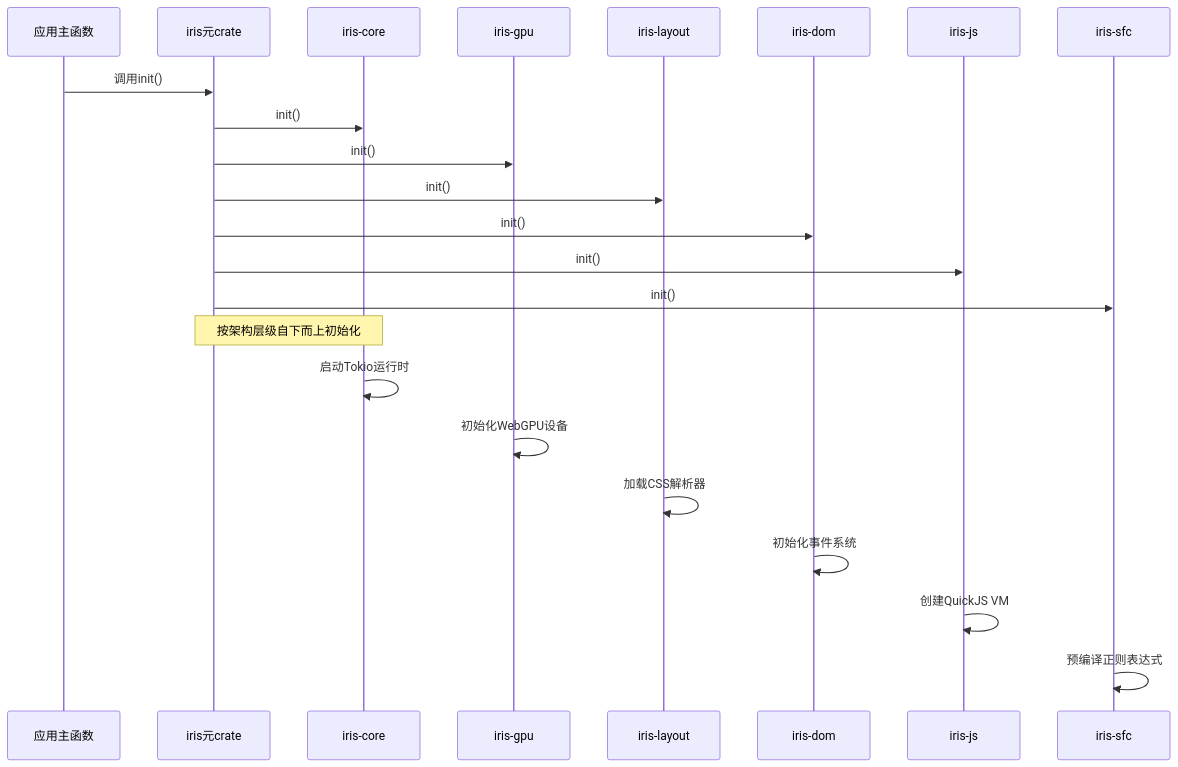
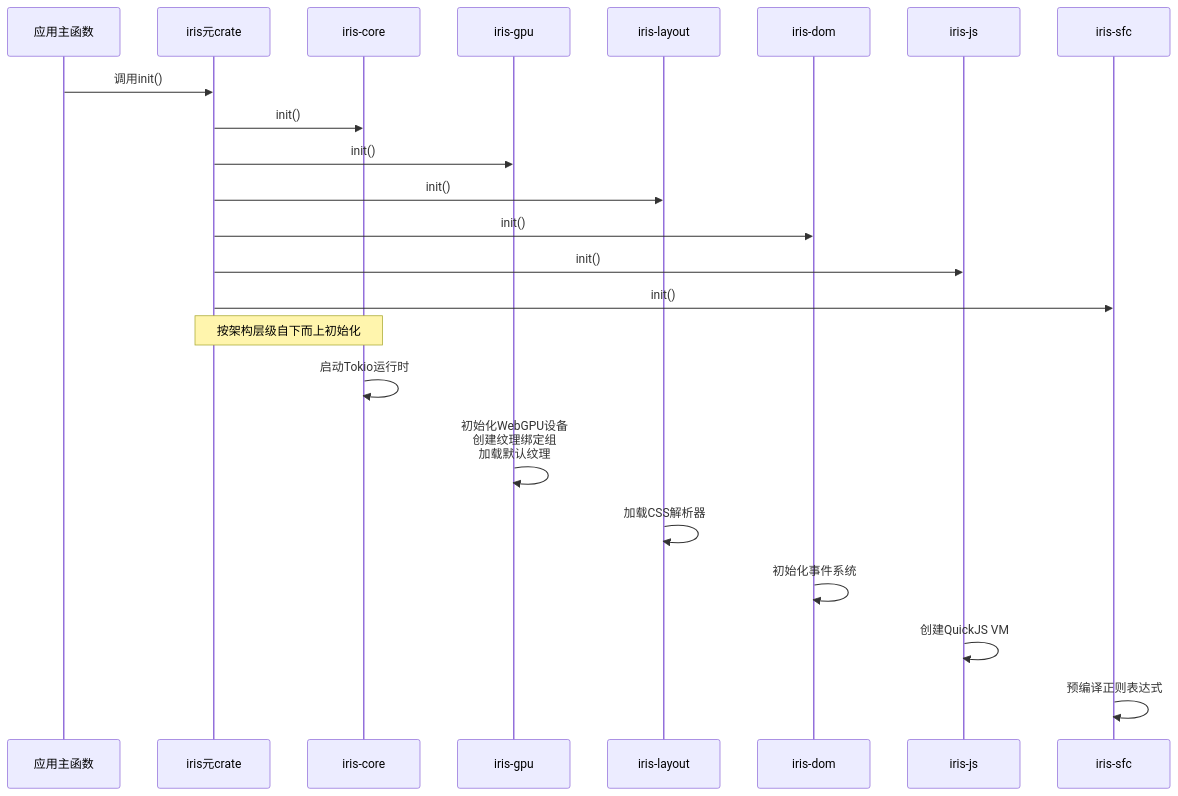
One commit to itszzl-sudo/iris changed the third of 17 diagrams in .qoder/repowiki/zh/content/技术架构详解/整体架构设计/Rust工作区架构.md. Above: the diagram before and after it, drawn with Mermaid. The commit also changed other lines of this file and 5 other files, not shown here.

````diff
--- a/.qoder/repowiki/zh/content/技术架构详解/整体架构设计/Rust工作区架构.md
+++ b/.qoder/repowiki/zh/content/技术架构详解/整体架构设计/Rust工作区架构.md
@@ -156,25 +159,25 @@
 ```mermaid
 sequenceDiagram
 participant Main as 应用主函数
 participant Meta as iris元crate
 participant Core as iris-core
 participant GPU as iris-gpu
 participant Layout as iris-layout
 participant Dom as iris-dom
 participant Js as iris-js
 participant Sfc as iris-sfc
 Main->>Meta : 调用init()
 Meta->>Core : init()
 Meta->>GPU : init()
 Meta->>Layout : init()
 Meta->>Dom : init()
 Meta->>Js : init()
 Meta->>Sfc : init()
 Note over Core,Meta : 按架构层级自下而上初始化
 Core->>Core : 启动Tokio运行时
-GPU->>GPU : 初始化WebGPU设备
+GPU->>GPU : 初始化WebGPU设备<br/>创建纹理绑定组<br/>加载默认纹理
 Layout->>Layout : 加载CSS解析器
 Dom->>Dom : 初始化事件系统
 Js->>Js : 创建QuickJS VM
 Sfc->>Sfc : 预编译正则表达式
 ```
````
